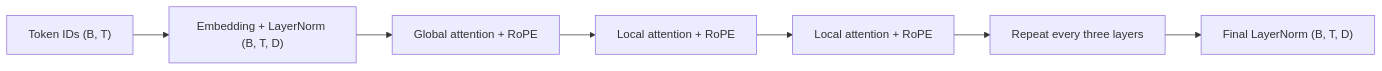
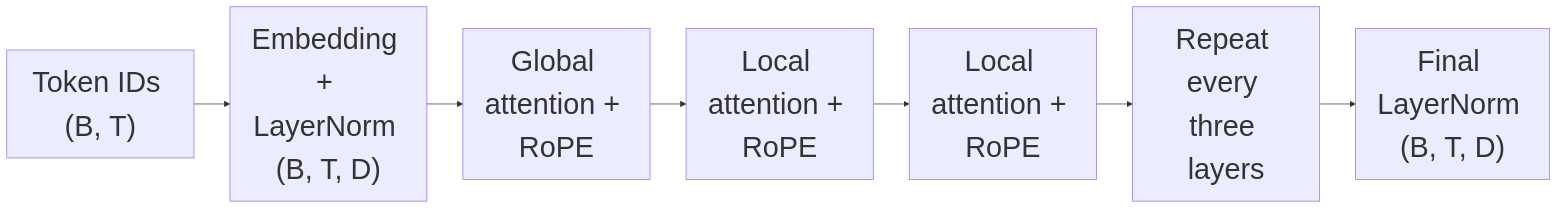
The diagram in docs/modernbert/index.md (Alwin-Yang/ModernBERT-Notes), drawn with Mermaid before and after one commit. The commit also changed other lines of this file and 6 other files, not shown here.

````diff
--- a/docs/modernbert/index.md
+++ b/docs/modernbert/index.md
@@ -10,9 +10,10 @@
 ```mermaid
+%%{init: {"themeVariables": {"fontSize": "40px"}}}%%
 flowchart LR
     A["Token IDs (B, T)"] --> B["Embedding + LayerNorm (B, T, D)"]
     B --> C["Global attention + RoPE"]
     C --> D["Local attention + RoPE"]
     D --> E["Local attention + RoPE"]
     E --> F["Repeat every three layers"]
     F --> G["Final LayerNorm (B, T, D)"]
 ```
````
